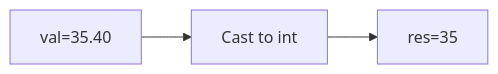
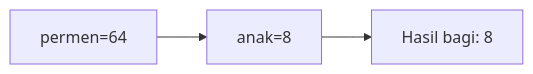
One commit to amnahwaida/OSNK_INF_PREP changed the second of 25 diagrams in part-c-pemahaman-cpp/01-tipe-data/latihan/set-07.md. Above: the diagram before and after it, drawn with Mermaid. The commit also changed other lines of this file and 71 other files, not shown here.

````diff
--- a/part-c-pemahaman-cpp/01-tipe-data/latihan/set-07.md
+++ b/part-c-pemahaman-cpp/01-tipe-data/latihan/set-07.md
@@ -48,5 +51,5 @@
 ```mermaid
 graph LR
-A["val=35.40"] --> B["Cast to int"]
-B --> C["res=35"]
+A["permen=64"] --> B["anak=8"]
+B --> C["Hasil bagi: 8"]
 ```
````
